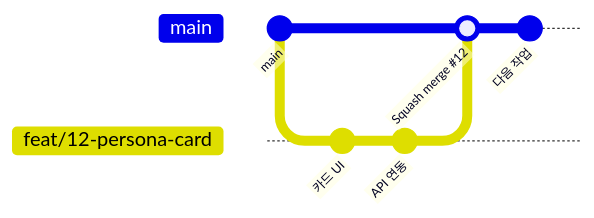
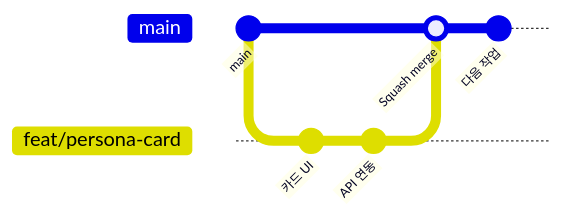
Before and after one commit to gokimkh123/SW_Design_Development: the diagram in CONTRIBUTING.md, drawn with Mermaid. The commit also changed other lines of this file and 7 other files, not shown here.

````diff
--- a/CONTRIBUTING.md
+++ b/CONTRIBUTING.md
@@ -16,11 +16,11 @@
 ```mermaid
 gitGraph
     commit id: "main"
-    branch feat/12-persona-card
-    checkout feat/12-persona-card
+    branch feat/persona-card
+    checkout feat/persona-card
     commit id: "카드 UI"
     commit id: "API 연동"
     checkout main
-    merge feat/12-persona-card id: "Squash merge #12"
+    merge feat/persona-card id: "Squash merge"
     commit id: "다음 작업"
 ```
````
